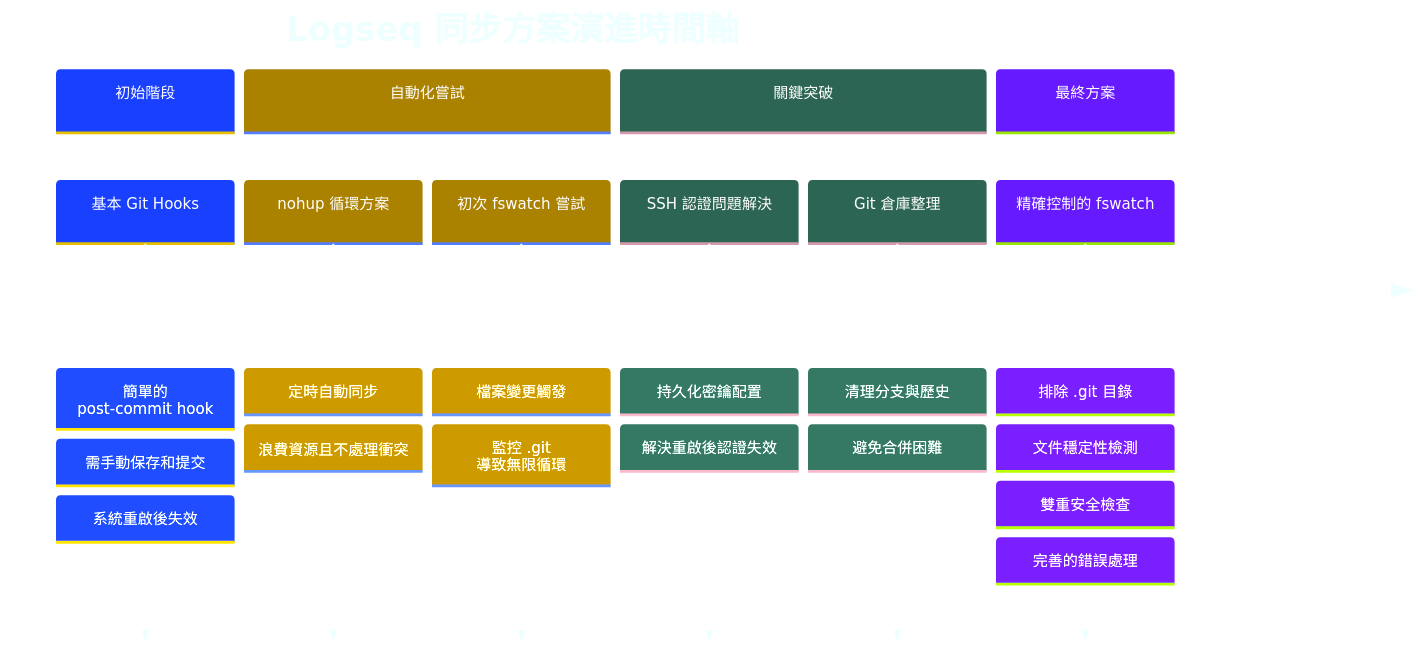
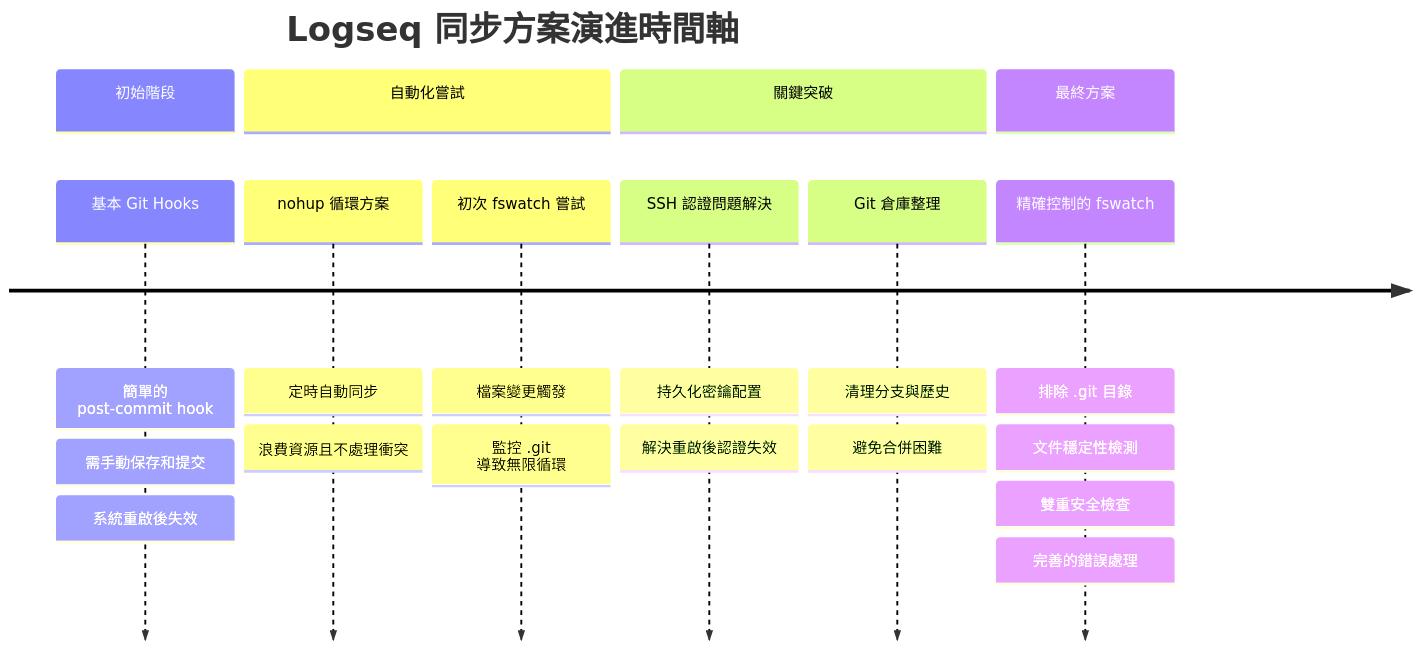
One commit to GengGeng026/Sync-Logseq changed the first of 2 diagrams in Logseq同步方案演進記錄.md. Above: the diagram before and after it, drawn with Mermaid.

Commit message:
Auto-sync: Wed Mar 26 09:14:37 +08 2025

````diff
--- a/Logseq同步方案演進記錄.md
+++ b/Logseq同步方案演進記錄.md
@@ -24,44 +24,45 @@
 ```mermaid
 %%{init: {
   'theme': 'base', 
   'themeVariables': {
     'primaryColor': '#99AAFF',
     'secondaryColor': '#FFCB2B',
     'tertiaryColor': '#59B79A',
     'quaternaryColor': '#F07178',
     'primaryTextColor': '#FFFFFF',
     'primaryBorderColor': '#59B79A',
+    '
     'background': 'transparent',
     'textColor': '#EEFFFF',
     'nodeBorder': '#59B79A',
     'clusterBkg': 'transparent',
     'titleColor': '#EEFFFF',
     'sectionBkgColor': '#273747',
     'sectionBkgColor2': '#334455',
     'sectionBkgColor3': '#3A4A5A',
     'sectionBkgColor4': '#42546A',
     'sectionBkgColor5': '#4B5E78'
   }
 }}%%
 timeline
     title Logseq 同步方案演進時間軸
     section 初始階段
         基本 Git Hooks : 簡單的 post-commit hook
         : 需手動保存和提交
         : 系統重啟後失效
     section 自動化嘗試
         nohup 循環方案 : 定時自動同步
         : 浪費資源且不處理衝突
         初次 fswatch 嘗試 : 檔案變更觸發
         : 監控 .git 導致無限循環
     section 關鍵突破
         SSH 認證問題解決 : 持久化密鑰配置
         : 解決重啟後認證失效
         Git 倉庫整理 : 清理分支與歷史
         : 避免合併困難
     section 最終方案
         精確控制的 fswatch : 排除 .git 目錄
         : 文件穩定性檢測
         : 雙重安全檢查
         : 完善的錯誤處理
 ```
````
